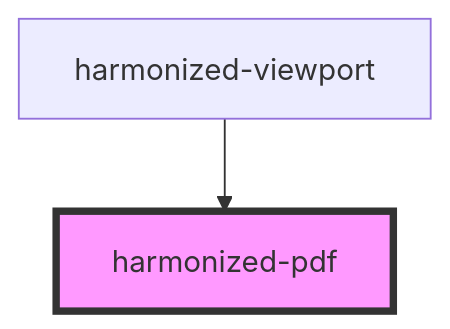
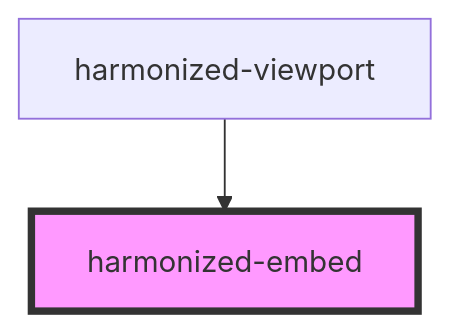
One commit to bac-lac/lac-harmonized-viewer changed the diagram in src/components/pdf/readme.md. Above: the diagram before and after it, drawn with Mermaid. The commit also changed other lines of this file and 17 other files, not shown here.

````diff
--- a/src/components/pdf/readme.md
+++ b/src/components/pdf/readme.md
@@ -15,5 +22,5 @@
 ```mermaid
 graph TD;
-  harmonized-viewport --> harmonized-pdf
-  style harmonized-pdf fill:#f9f,stroke:#333,stroke-width:4px
+  harmonized-viewport --> harmonized-embed
+  style harmonized-embed fill:#f9f,stroke:#333,stroke-width:4px
 ```
````
